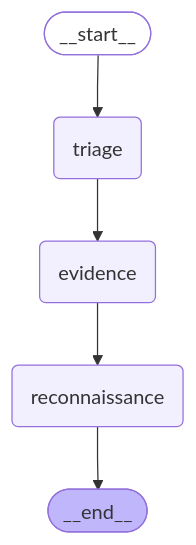
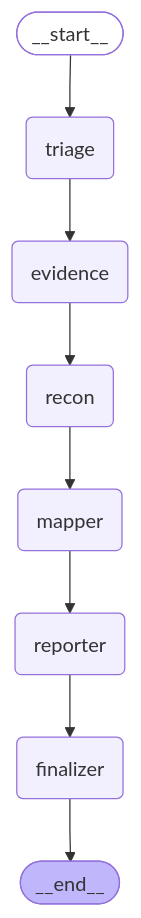
The diagram in docs/workflow.mmd (mahmoudaher/ai-soc-investigator), drawn with Mermaid before and after one commit. The commit also changed 4 other files, not shown here.

Commit message:
docs: refresh project overview and architecture

```diff
--- a/docs/workflow.mmd
+++ b/docs/workflow.mmd
@@ -1,18 +1,24 @@
 ---
 config:
   flowchart:
     curve: linear
 ---
 graph TD;
 	__start__([<p>__start__</p>]):::first
 	triage(triage)
 	evidence(evidence)
-	reconnaissance(reconnaissance)
+	recon(recon)
+	mapper(mapper)
+	reporter(reporter)
+	finalizer(finalizer)
 	__end__([<p>__end__</p>]):::last
 	__start__ --> triage;
-	evidence --> reconnaissance;
+	evidence --> recon;
+	mapper --> reporter;
+	recon --> mapper;
+	reporter --> finalizer;
 	triage --> evidence;
-	reconnaissance --> __end__;
+	finalizer --> __end__;
 	classDef default fill:#f2f0ff,line-height:1.2
 	classDef first fill-opacity:0
 	classDef last fill:#bfb6fc
```
